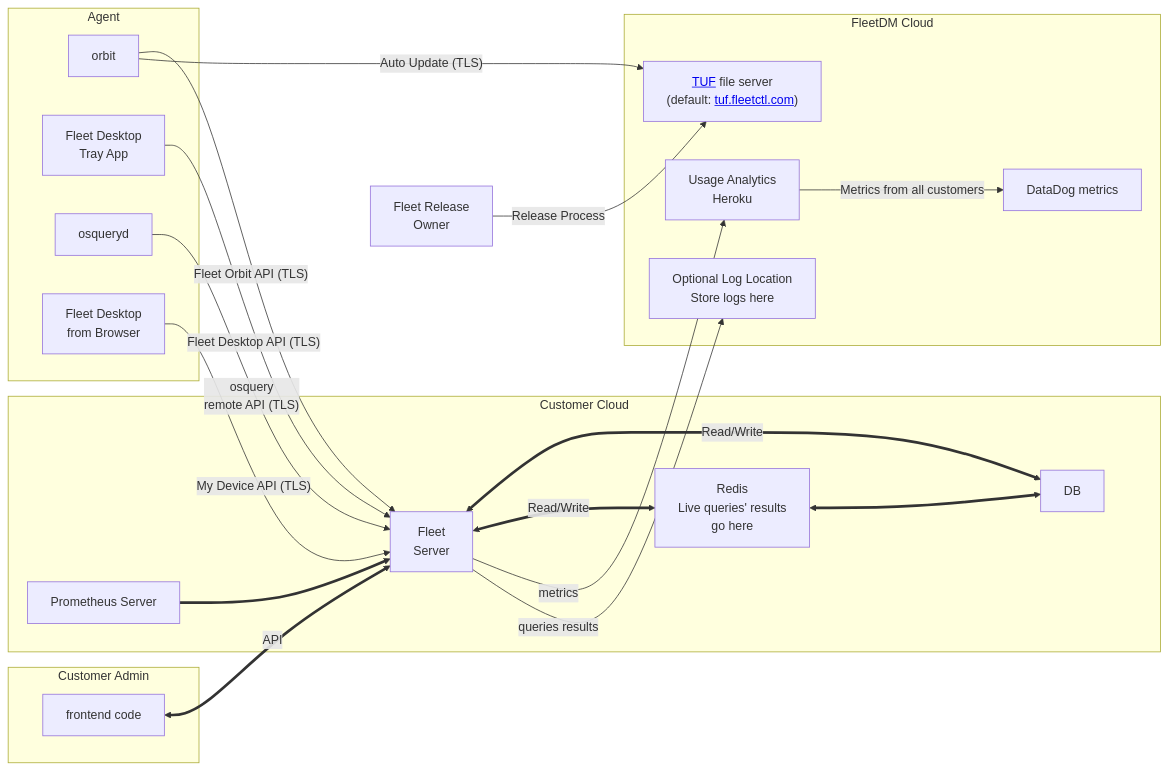
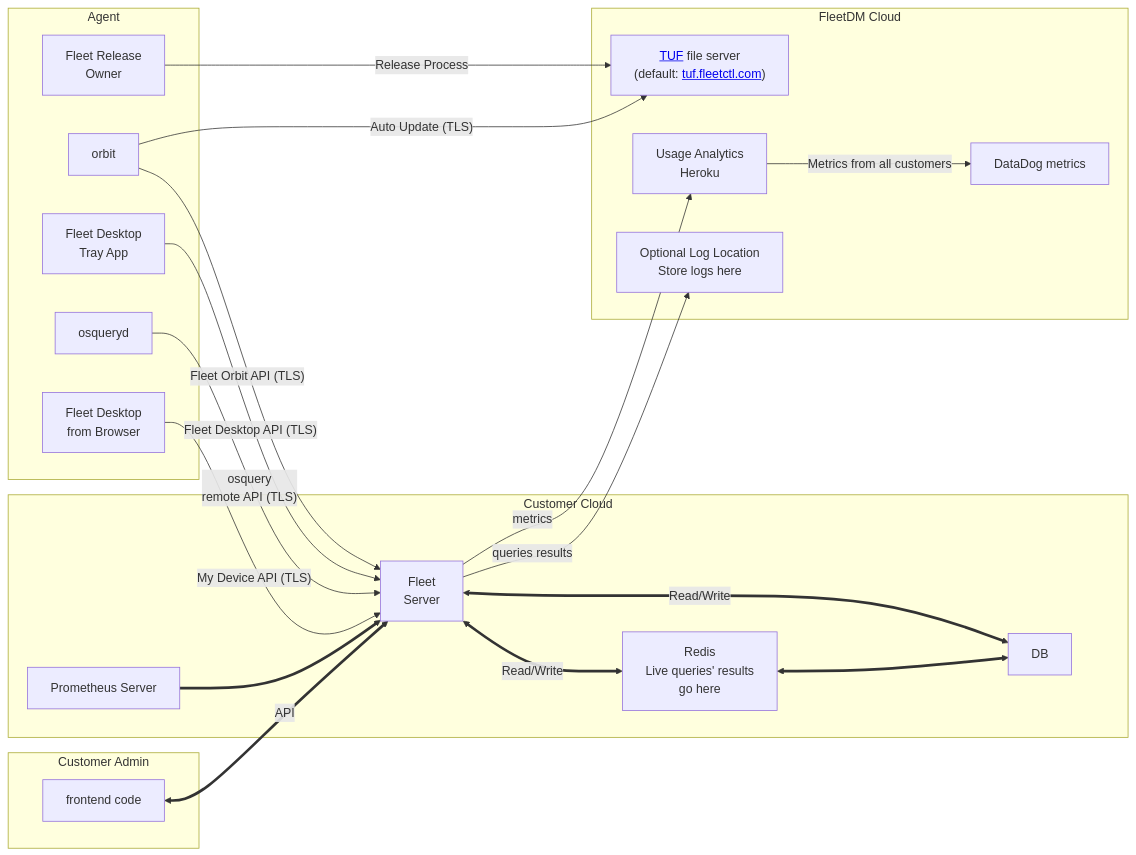
The first of 6 diagrams in docs/Contributing/high-level-architecture.md (fleetdm/fleet), drawn with Mermaid before and after one commit.

````diff
--- a/docs/Contributing/high-level-architecture.md
+++ b/docs/Contributing/high-level-architecture.md
@@ -12,51 +12,54 @@
 ```mermaid
 graph LR;
-    fleet_release_owner[Fleet Release<br>Owner];
+    
+    subgraph Agent
+        fleet_release_owner[Fleet Release<br>Owner];
+    end
 
     subgraph Agent
         orbit[orbit];
         desktop[Fleet Desktop<br>Tray App];
         osqueryd[osqueryd];
         desktop_browser[Fleet Desktop<br> from Browser];
     end
 
     subgraph Customer Cloud
         fleet_server[Fleet<br>Server];
         db[DB];
         redis[Redis<br>Live queries' results <br>go here];
         prometheus[Prometheus Server];
     end
 
     subgraph FleetDM Cloud
         tuf["<a href=https://theupdateframework.io/>TUF</a> file server<br>(default: <a href=https://tuf.fleetctl.com>tuf.fleetctl.com</a>)"];
         datadog[DataDog metrics]
         heroku[Usage Analytics<br>Heroku]
         log[Optional Log Location<br>Store logs here]
     end
 
     subgraph Customer Admin
         frontend[frontend code]
     end
 
 
     fleet_release_owner -- "Release Process" --> tuf;
 
     orbit -- "Fleet Orbit API (TLS)" --> fleet_server;
     orbit -- "Auto Update (TLS)" --> tuf;
     desktop -- "Fleet Desktop API (TLS)" --> fleet_server;
     osqueryd -- "osquery<br>remote API (TLS)" --> fleet_server;
     desktop_browser -- "My Device API (TLS)" --> fleet_server;
 
     heroku -- "Metrics from all customers" --> datadog;
 
     fleet_server <== "Read/Write" ==> db;
     fleet_server <== "Read/Write" ==> redis;
     redis <==> db;
 
     prometheus ==> fleet_server;
     fleet_server -- "metrics" --> heroku;
     fleet_server -- "queries results" --> log;
 
     frontend <== "API" ==> fleet_server;
 
 ```
````
